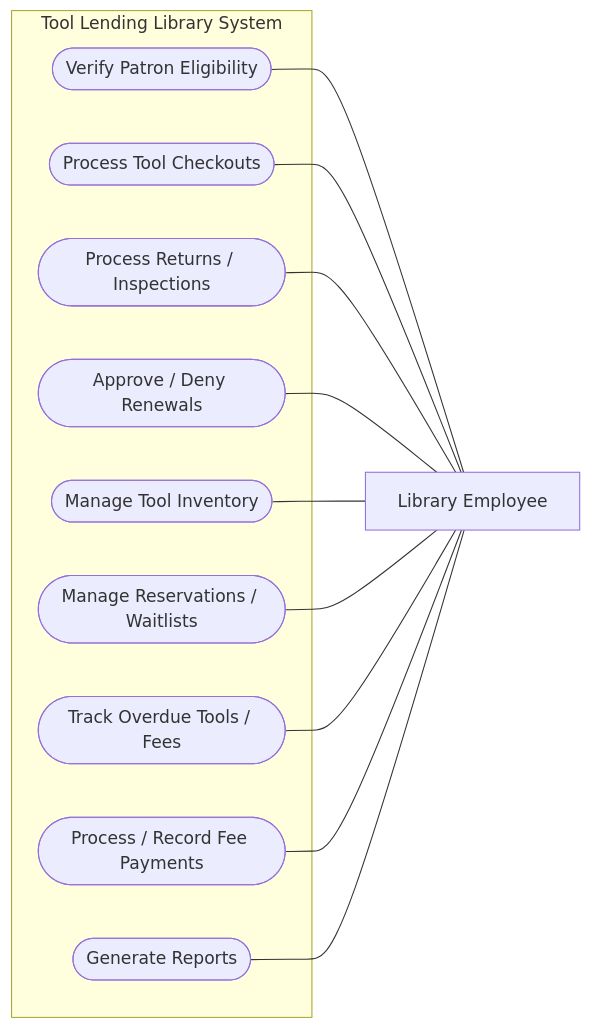
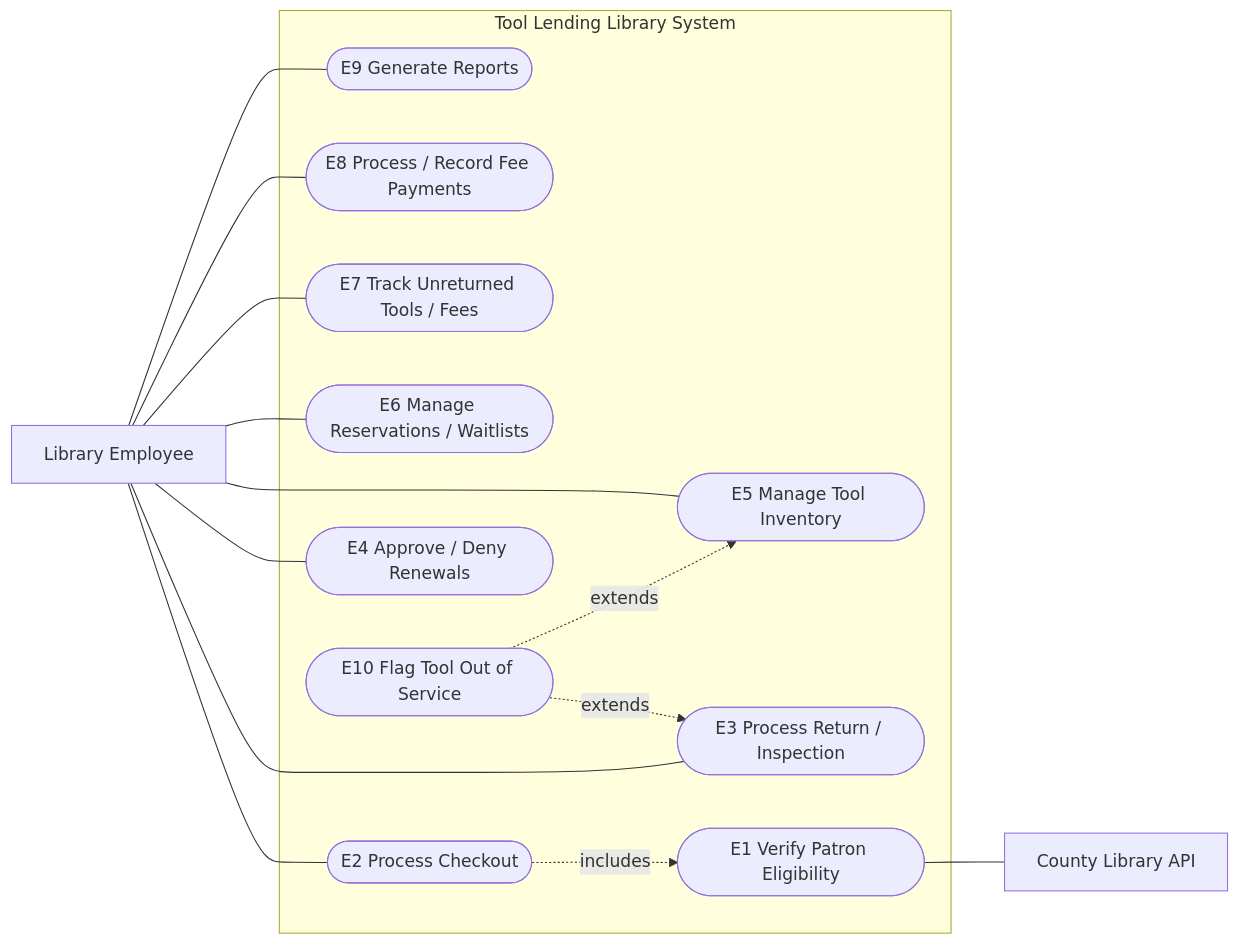
The second of 2 diagrams in Functional_Spec.md (extroline/CS361-Team-Project-), drawn with Mermaid before and after one commit. The commit also changed other lines of this file, not shown here.

````diff
--- a/Functional_Spec.md
+++ b/Functional_Spec.md
@@ -114,27 +115,32 @@
 ```mermaid
-
-flowchart RL
+flowchart LR
     Employee["Library Employee"]
+    API["County Library API"]
 
     subgraph System["Tool Lending Library System"]
-        UC1(["Verify Patron Eligibility"])
-        UC2(["Process Tool Checkouts"])
-        UC3(["Process Returns / Inspections"])
-        UC4(["Approve / Deny Renewals"])
-        UC5(["Manage Tool Inventory"])
-        UC6(["Manage Reservations / Waitlists"])
-        UC7(["Track Overdue Tools / Fees"])
-        UC8(["Process / Record Fee Payments"])
-        UC9(["Generate Reports"])
+        E1(["E1 Verify Patron Eligibility"])
+        E2(["E2 Process Checkout"])
+        E3(["E3 Process Return / Inspection"])
+        E4(["E4 Approve / Deny Renewals"])
+        E5(["E5 Manage Tool Inventory"])
+        E6(["E6 Manage Reservations / Waitlists"])
+        E7(["E7 Track Unreturned Tools / Fees"])
+        E8(["E8 Process / Record Fee Payments"])
+        E9(["E9 Generate Reports"])
+        E10(["E10 Flag Tool Out of Service"])
     end
 
-    Employee --- UC1
-    Employee --- UC2
-    Employee --- UC3
-    Employee --- UC4
-    Employee --- UC5
-    Employee --- UC6
-    Employee --- UC7
-    Employee --- UC8
-    Employee --- UC9
+    Employee --- E2
+    Employee --- E3
+    Employee --- E4
+    Employee --- E5
+    Employee --- E6
+    Employee --- E7
+    Employee --- E8
+    Employee --- E9
+
+    E2 -.->|includes| E1
+    E10 -.->|extends| E3
+    E10 -.->|extends| E5
+    E1 --- API
 ```
````
